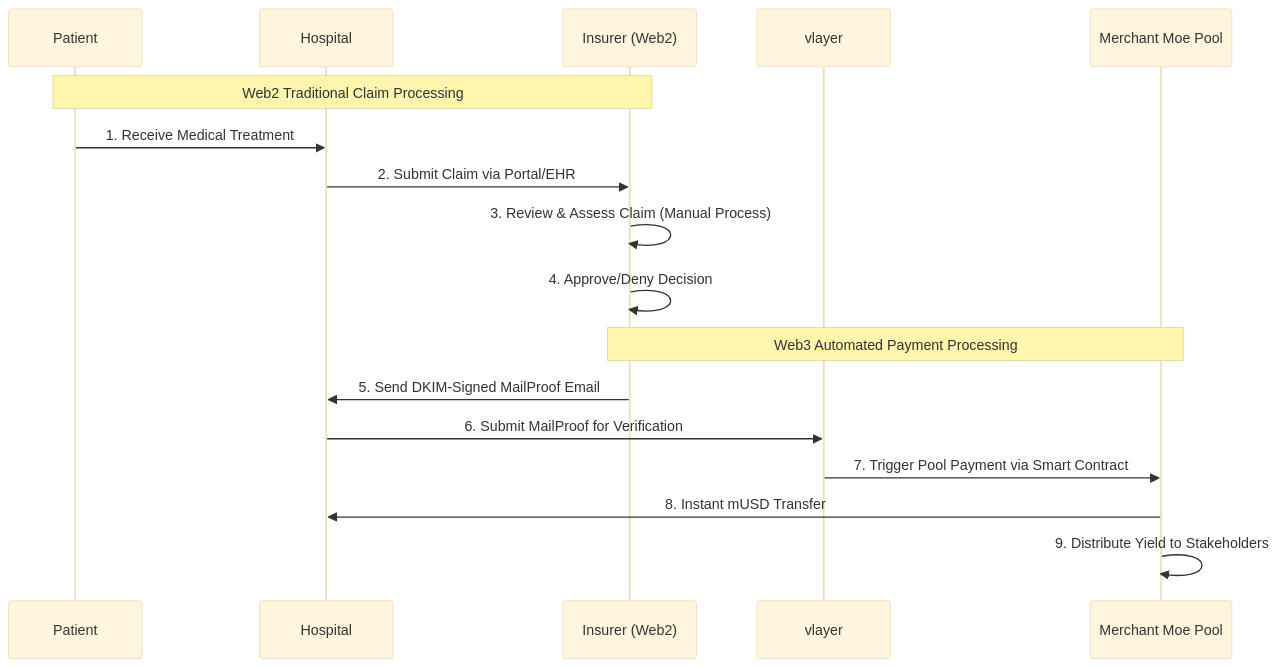
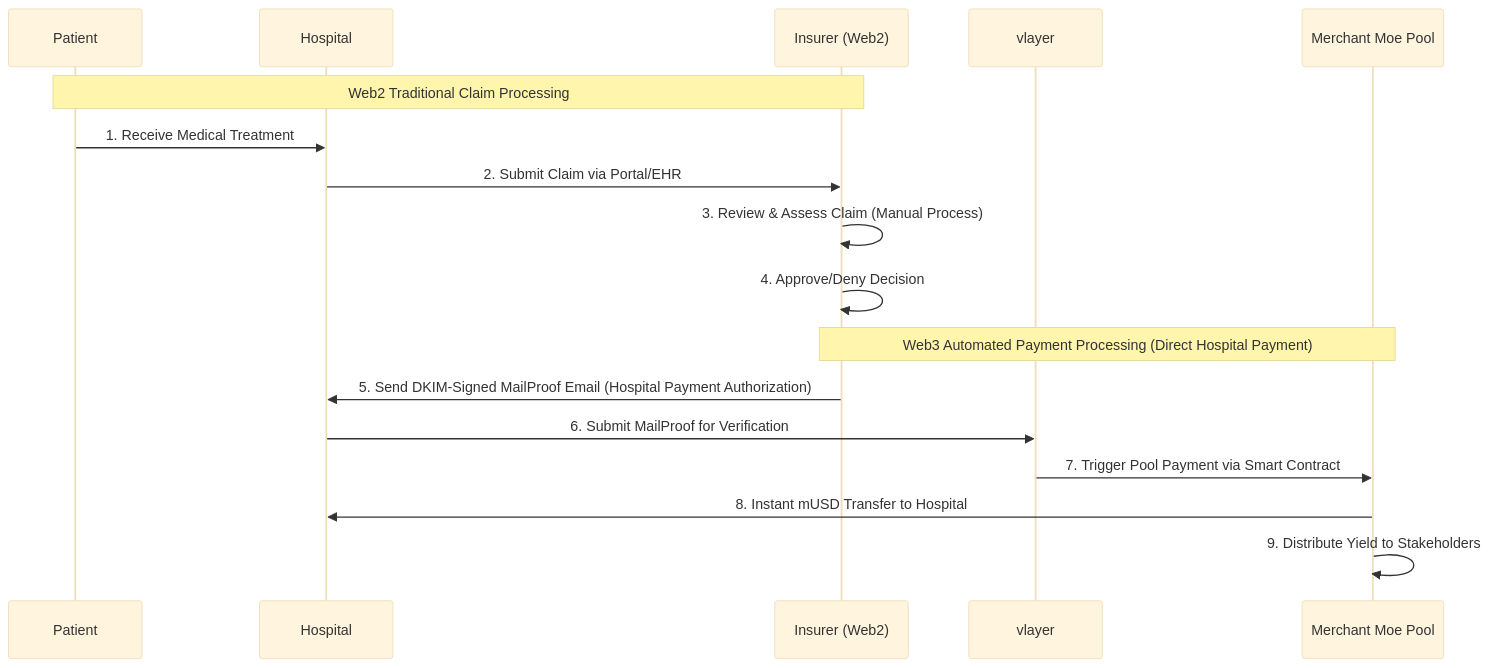
The third of 4 diagrams in memory-bank/projectbrief.md (ppezzull/zkMed), drawn with Mermaid (base theme) before and after one commit. The commit also changed other lines of this file and 4 other files, not shown here.

````diff
--- a/memory-bank/projectbrief.md
+++ b/memory-bank/projectbrief.md
@@ -100,21 +101,21 @@
 ```mermaid
 sequenceDiagram
     participant P as Patient
     participant H as Hospital
     participant I as Insurer (Web2)
     participant V as vlayer
     participant LB as Merchant Moe Pool
     
     Note over P,I: Web2 Traditional Claim Processing
     P->>H: 1. Receive Medical Treatment
     H->>I: 2. Submit Claim via Portal/EHR
     I->>I: 3. Review & Assess Claim (Manual Process)
     I->>I: 4. Approve/Deny Decision
     
-    Note over I,LB: Web3 Automated Payment Processing  
-    I->>H: 5. Send DKIM-Signed MailProof Email
+    Note over I,LB: Web3 Automated Payment Processing (Direct Hospital Payment)
+    I->>H: 5. Send DKIM-Signed MailProof Email (Hospital Payment Authorization)
     H->>V: 6. Submit MailProof for Verification
     V->>LB: 7. Trigger Pool Payment via Smart Contract
-    LB->>H: 8. Instant mUSD Transfer
+    LB->>H: 8. Instant mUSD Transfer to Hospital
     LB->>LB: 9. Distribute Yield to Stakeholders
 ```
````
